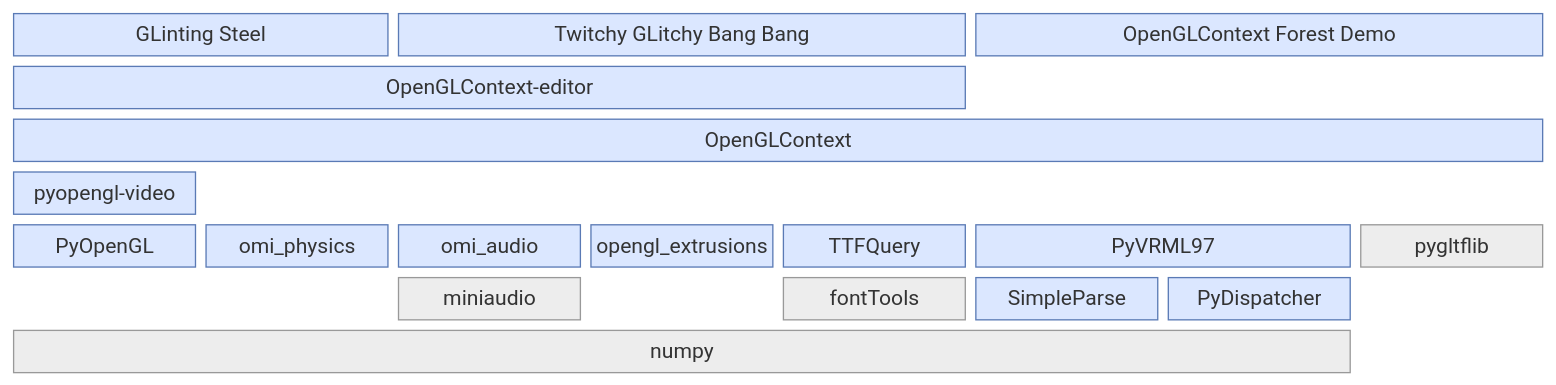
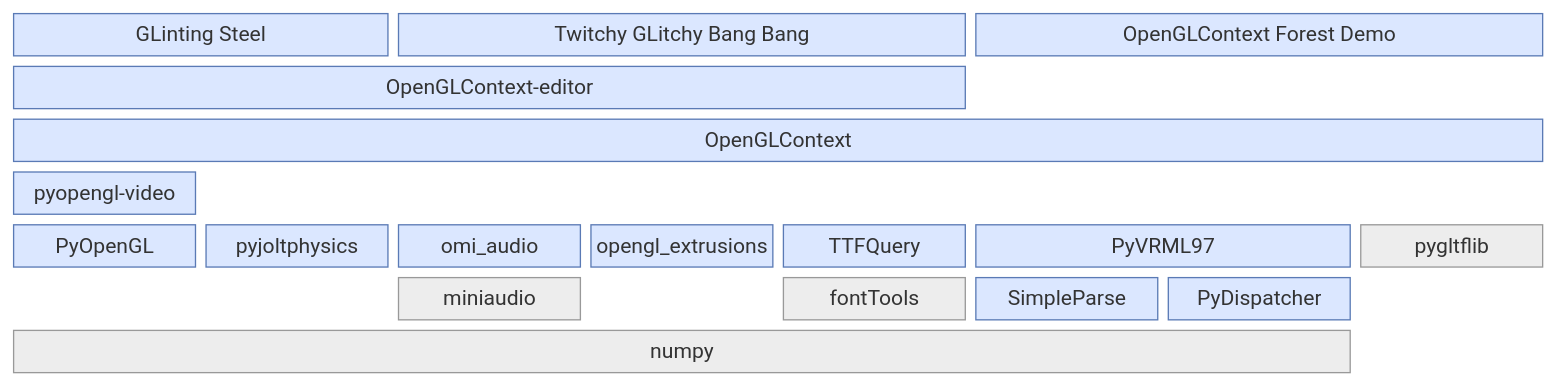
The first of 2 diagrams in docs/structure.rst (mcfletch/openglcontext), drawn with Mermaid (forest theme) before and after one commit. The commit also changed other lines of this file and 6 other files, not shown here.

First line of the commit message:
DOCS Jolt the default engine; the world thread page; omi_physics deprecated

```diff
--- a/docs/structure.rst
+++ b/docs/structure.rst
@@ -14,41 +14,41 @@
 .. mermaid::
 
    block-beta
        columns 8
 
        glisteel["GLinting Steel"]:2
        twig["Twitchy GLitchy Bang Bang"]:3
        forest["OpenGLContext Forest Demo"]:3
 
        editor["OpenGLContext-editor"]:5
        space:3
 
        oglc["OpenGLContext"]:8
 
        video["pyopengl-video"]:1
        space:7
 
        pyopengl["PyOpenGL"]:1
-       omip["omi_physics"]:1
+       omip["pyjoltphysics"]:1
        omia["omi_audio"]:1
        ext["opengl_extrusions"]:1
        ttf["TTFQuery"]:1
        vrml["PyVRML97"]:2
        gltflib["pygltflib"]:1
 
        space:2
        mini["miniaudio"]:1
        space:1
        fonttools["fontTools"]:1
        simple["SimpleParse"]:1
        dispatch["PyDispatcher"]:1
        space:1
 
        numpy["numpy"]:7
        space:1
 
        classDef ours fill:#dbe7ff,stroke:#5a7ab5,color:#111
        classDef third fill:#ededed,stroke:#999999,color:#111
 
        class glisteel,twig,forest,editor,oglc,video,pyopengl,vrml,omip,omia,ext,ttf,simple,dispatch ours
        class mini,fonttools,gltflib,numpy third
```
